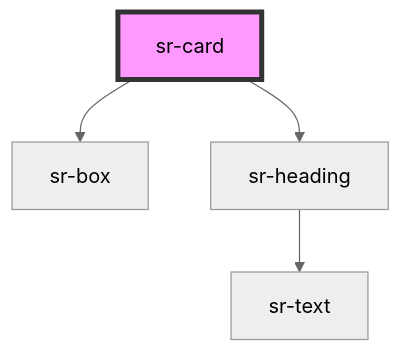
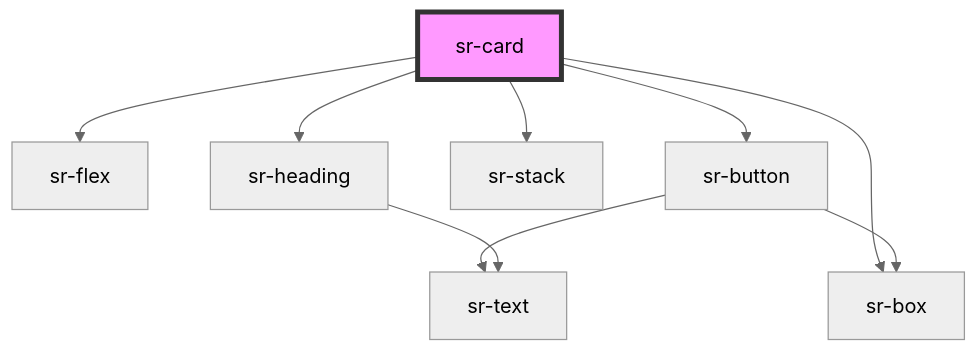
One commit to tonyblu331/spotify-replay-design-system changed the diagram in src/components/displays/sr-card/readme.md. Above: the diagram before and after it, drawn with Mermaid (neutral theme). The commit also changed other lines of this file and 8 other files, not shown here.

````diff
--- a/src/components/displays/sr-card/readme.md
+++ b/src/components/displays/sr-card/readme.md
@@ -29,7 +42,12 @@
 ```mermaid
 graph TD;
+  sr-card --> sr-flex
+  sr-card --> sr-button
   sr-card --> sr-box
+  sr-card --> sr-stack
   sr-card --> sr-heading
+  sr-button --> sr-text
+  sr-button --> sr-box
   sr-heading --> sr-text
   style sr-card fill:#f9f,stroke:#333,stroke-width:4px
 ```
````
